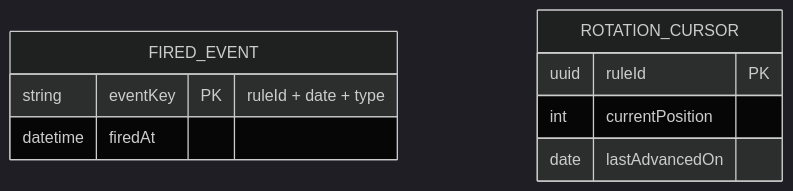
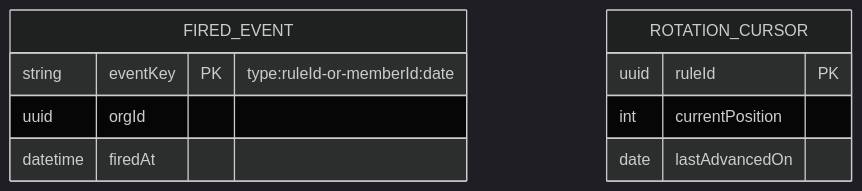
Before and after one commit to Vivianmurathimi/orgpulse: the ninth of 11 diagrams in docs/architecture.md, drawn with Mermaid (dark theme). The commit also changed other lines of this file and 5 other files, not shown here.

````diff
--- a/docs/architecture.md
+++ b/docs/architecture.md
@@ -307,12 +323,13 @@
 ```mermaid
 erDiagram
     FIRED_EVENT {
-        string eventKey PK "ruleId + date + type"
+        string eventKey PK "type:ruleId-or-memberId:date"
+        uuid orgId
         datetime firedAt
     }
     ROTATION_CURSOR {
         uuid ruleId PK
         int currentPosition
         date lastAdvancedOn
     }
 ```
````
